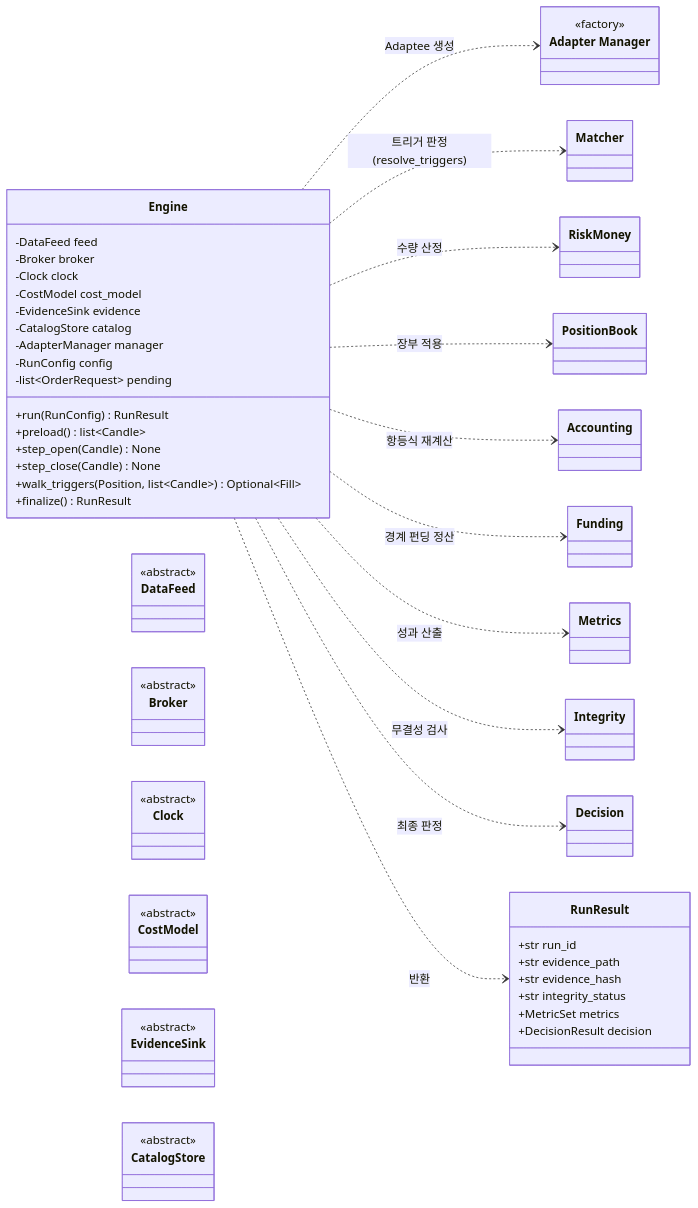
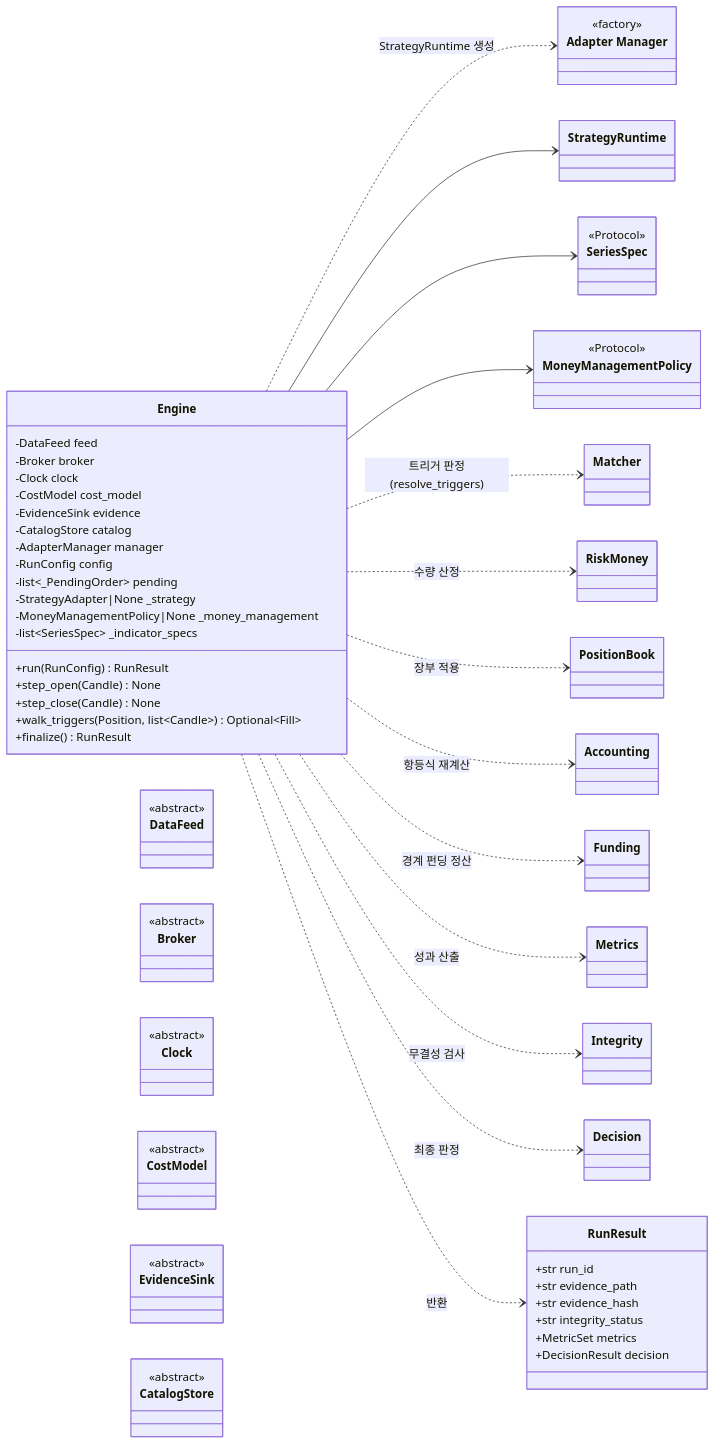
Diagram 27 of 38 in docs/fullspec/backtest_v2_detailed_design.md (vessel35/trading-system-v2), drawn with Mermaid before and after one commit. The commit also changed other lines of this file and 1 other file, not shown here.

````diff
--- a/docs/fullspec/backtest_v2_detailed_design.md
+++ b/docs/fullspec/backtest_v2_detailed_design.md
@@ -2844,46 +3380,54 @@
 ```mermaid
 classDiagram
     direction LR
     class Engine {
         -DataFeed feed
         -Broker broker
         -Clock clock
         -CostModel cost_model
         -EvidenceSink evidence
         -CatalogStore catalog
         -AdapterManager manager
         -RunConfig config
-        -list~OrderRequest~ pending
+        -list~_PendingOrder~ pending
+        -StrategyAdapter|None _strategy
+        -MoneyManagementPolicy|None _money_management
+        -list~SeriesSpec~ _indicator_specs
         +run(RunConfig) RunResult
-        +preload() list~Candle~
         +step_open(Candle) None
         +step_close(Candle) None
         +walk_triggers(Position, list~Candle~) Optional~Fill~
         +finalize() RunResult
     }
     class RunResult {
         +str run_id
         +str evidence_path
         +str evidence_hash
         +str integrity_status
         +MetricSet metrics
         +DecisionResult decision
     }
     class DataFeed { <<abstract>> }
     class Broker { <<abstract>> }
     class Clock { <<abstract>> }
     class CostModel { <<abstract>> }
     class EvidenceSink { <<abstract>> }
     class CatalogStore { <<abstract>> }
     class AdapterManager["Adapter Manager"] { <<factory>> }
-    Engine ..> AdapterManager : Adaptee 생성
+    class StrategyRuntime
+    class SeriesSpec { <<Protocol>> }
+    class MoneyManagementPolicy { <<Protocol>> }
+    Engine ..> AdapterManager : StrategyRuntime 생성
+    Engine --> StrategyRuntime
+    Engine --> SeriesSpec
+    Engine --> MoneyManagementPolicy
     Engine ..> Matcher : 트리거 판정(resolve_triggers)
     Engine ..> RiskMoney : 수량 산정
     Engine ..> PositionBook : 장부 적용
     Engine ..> Accounting : 항등식 재계산
     Engine ..> Funding : 경계 펀딩 정산
     Engine ..> Metrics : 성과 산출
     Engine ..> Integrity : 무결성 검사
     Engine ..> Decision : 최종 판정
     Engine ..> RunResult : 반환
 ```
````
